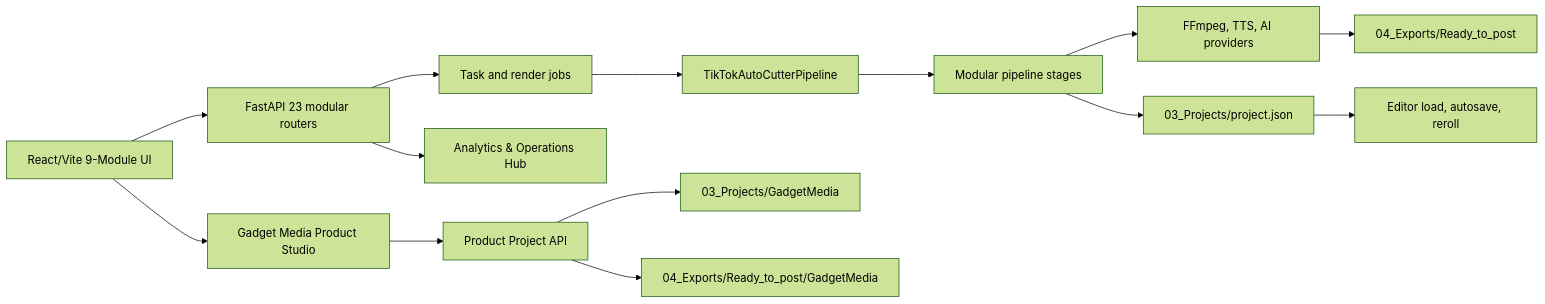
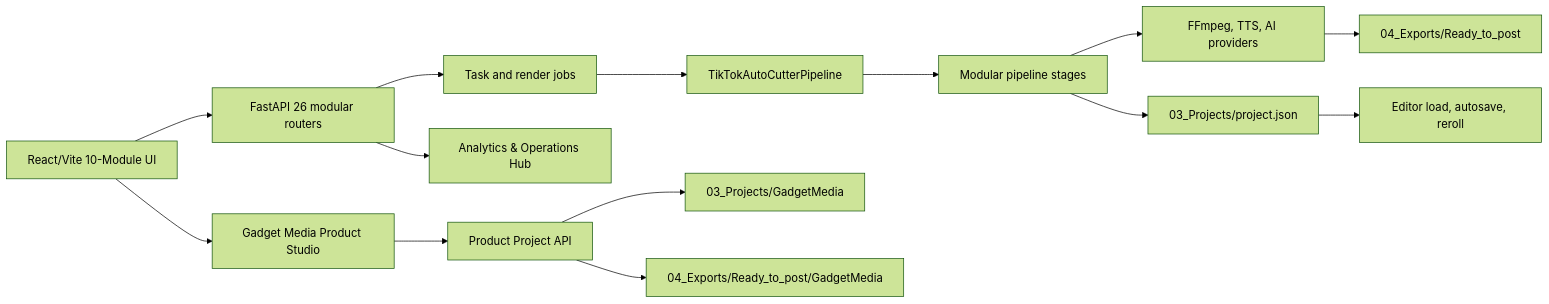
Before and after one commit to nazirulhak000/Omnicut: the diagram in ARCHITECTURE.md, drawn with Mermaid (forest theme). The commit also changed other lines of this file and 63 other files, not shown here.

````diff
--- a/ARCHITECTURE.md
+++ b/ARCHITECTURE.md
@@ -7,16 +7,16 @@
 ```mermaid
 flowchart LR
-    UI[React/Vite 9-Module UI] --> API[FastAPI 23 modular routers]
+    UI[React/Vite 10-Module UI] --> API[FastAPI 26 modular routers]
     API --> JOB[Task and render jobs]
     JOB --> PIPE[TikTokAutoCutterPipeline]
     PIPE --> STAGES[Modular pipeline stages]
     STAGES --> MEDIA[FFmpeg, TTS, AI providers]
     STAGES --> MANIFEST[03_Projects/project.json]
     MEDIA --> EXPORT[04_Exports/Ready_to_post]
     MANIFEST --> EDITOR[Editor load, autosave, reroll]
     API --> ANALYTICS[Analytics & Operations Hub]
     UI --> GADGET[Gadget Media Product Studio]
     GADGET --> GMAPI[Product Project API]
     GMAPI --> GMSTORE[03_Projects/GadgetMedia]
     GMAPI --> GMEXPORT[04_Exports/Ready_to_post/GadgetMedia]
 ```
````
